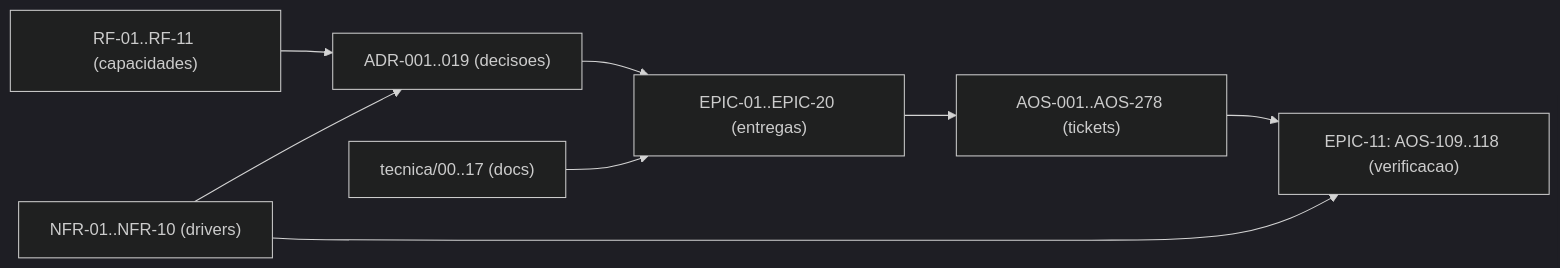
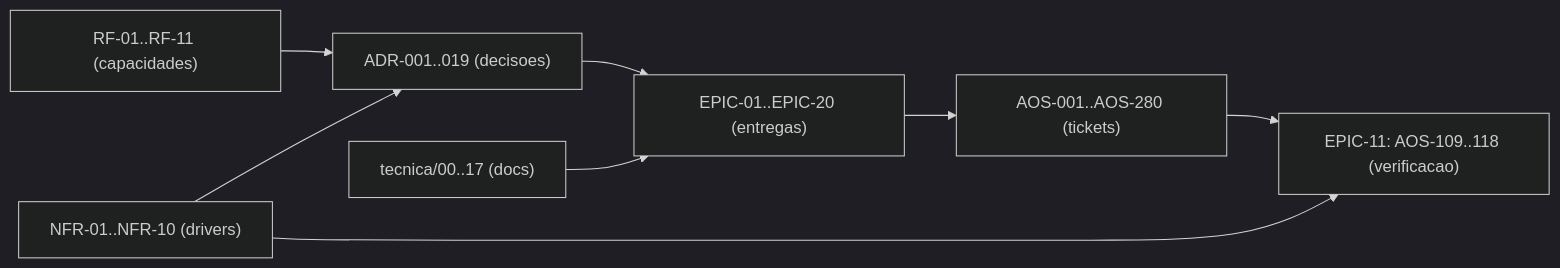
The diagram in tecnica/16_Rastreabilidade_RTM.md (albinoJimy/aos), drawn with Mermaid (dark theme) before and after one commit. The commit also changed other lines of this file and 1 other file, not shown here.

First line of the commit message:
docs(EPIC-20/AOS-280): regista a decisao de desenho do DEF-271 (ENCADEAR) + da seccao ao AOS-279

````diff
--- a/tecnica/16_Rastreabilidade_RTM.md
+++ b/tecnica/16_Rastreabilidade_RTM.md
@@ -172,10 +172,10 @@
 ```mermaid
 flowchart LR
     RF["RF-01..RF-11 (capacidades)"] --> ADR["ADR-001..019 (decisoes)"]
     NFR["NFR-01..NFR-10 (drivers)"] --> ADR
     ADR --> EPIC["EPIC-01..EPIC-20 (entregas)"]
-    EPIC --> TICK["AOS-001..AOS-278 (tickets)"]
+    EPIC --> TICK["AOS-001..AOS-280 (tickets)"]
     DOC["tecnica/00..17 (docs)"] --> EPIC
     TICK --> TEST["EPIC-11: AOS-109..118 (verificacao)"]
     NFR --> TEST
 ```
````
